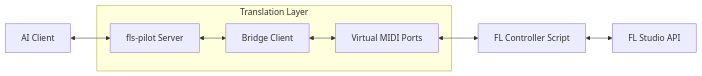
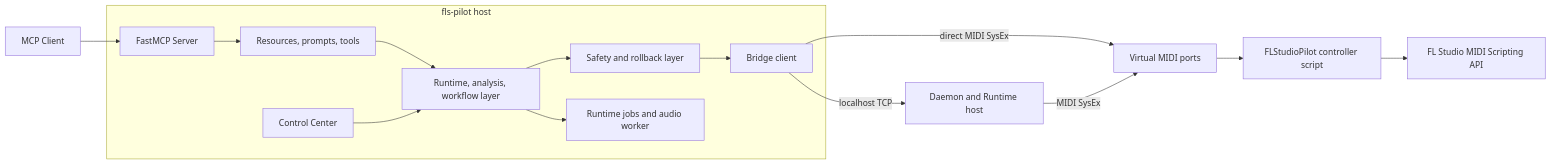
One commit to thunderdew-dawn/flstudio-mcp changed the diagram in docs/mcp-architecture.md. Above: the diagram before and after it, drawn with Mermaid. The commit also changed other lines of this file and 1 other file, not shown here.

Commit message:
docs: update architecture and integration documentation to clarify Runtime, daemon transport, and safety layers

````diff
--- a/docs/mcp-architecture.md
+++ b/docs/mcp-architecture.md
@@ -10,12 +12,19 @@
 ```mermaid
 flowchart LR
-    Client[AI Client] <--> FastMCP[fls-pilot Server]
-    
-    subgraph Translation Layer
-        FastMCP <--> Bridge[Bridge Client]
-        Bridge <--> Loopback[Virtual MIDI Ports]
+    Client[MCP Client] --> FastMCP[FastMCP Server]
+
+    subgraph Host[fls-pilot host]
+        FastMCP --> Surface[Resources, prompts, tools]
+        Surface --> Runtime[Runtime, analysis, workflow layer]
+        Runtime --> Safety[Safety and rollback layer]
+        Safety --> Bridge[Bridge client]
+        Runtime --> Jobs[Runtime jobs and audio worker]
+        Control[Control Center] --> Runtime
     end
-    
-    Loopback <--> Controller[FL Controller Script]
-    Controller <--> FLAPI[FL Studio API]
+
+    Bridge -- direct MIDI SysEx --> MIDI[Virtual MIDI ports]
+    Bridge -- localhost TCP --> Daemon[Daemon and Runtime host]
+    Daemon -- MIDI SysEx --> MIDI
+    MIDI --> Controller[FLStudioPilot controller script]
+    Controller --> FLAPI[FL Studio MIDI Scripting API]
 ```
````
